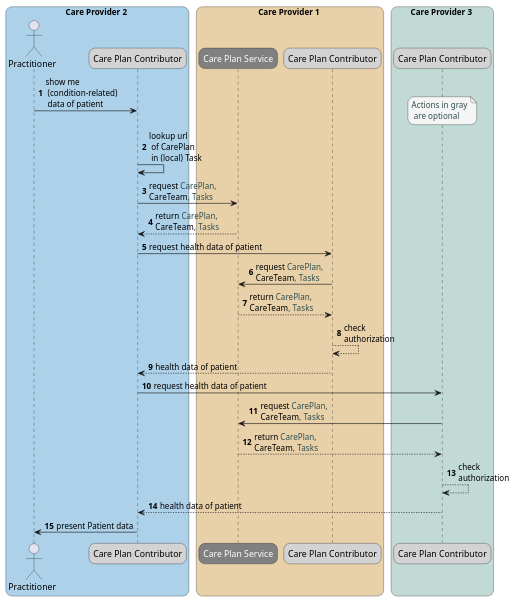
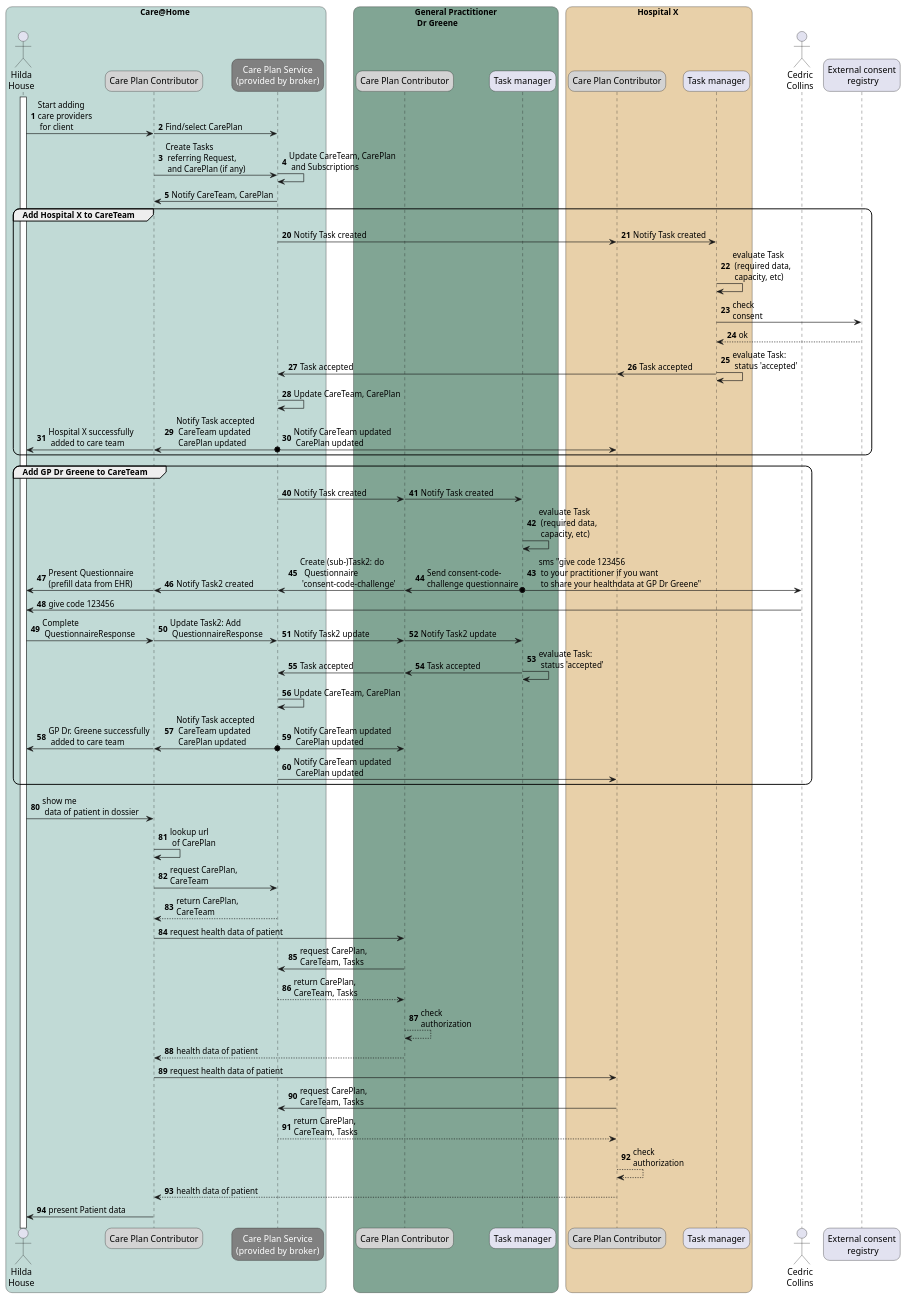
One commit to SanteonNL/shared-care-planning changed the diagram in input/images-source/usecase-view-all-data.plantuml. Above: the diagram before and after it, drawn with PlantUML. The commit also changed 6 other files, not shown here.

Commit message:
update sequencediagrams usecase get data

```diff
--- a/input/images-source/usecase-view-all-data.plantuml
+++ b/input/images-source/usecase-view-all-data.plantuml
@@ -1,46 +1,102 @@
-@startuml overview-getting-data-from-careteam-members
+@startuml usecase-view-all-data
 
 skinparam roundcorner 20
 skinparam defaultFontName Arial 
-autonumber
 !pragma teoz true
+' Care@Home #c1dad6
+' Dr Greene #81a594
+' Hospital X #e8d0a9
+' MedicalServiceCentre #acd1e9  
+' brown #b7afa3
+' very light blue #f5fafa
+' darker blue #6d929b
 
-box Care Provider 2 #acd1e9
-    actor "Practitioner" as Practitioner2
-    participant "Care Plan Contributor" as CPC2 #LightGray
-end box
-box Care Provider 1 #e8d0a9
-    participant "<font color=white>Care Plan Service" as CPS #Gray
+box Care@Home #c1dad6 
+    actor "Hilda\nHouse" as Practitioner1
     participant "Care Plan Contributor" as CPC1 #LightGray
+    participant "<font color=white>Care Plan Service\n<font color=white>(provided by broker)" as CPS #Gray
 end box
 
-box Care Provider 3 #c1dad6
-    participant "Care Plan Contributor" as CPC3 #LightGray
+box General Practitioner\n Dr Greene #81a594
+    participant "Care Plan Contributor" as CPC2 #LightGray
+    participant "Task manager" as EHR2
 end box
 
+box Hospital X #e8d0a9 
+    participant "Care Plan Contributor" as CPC3 #LightGray
+    participant "Task manager" as EHR3
+end box
+actor "Cedric\nCollins" as Patient
+participant "External consent\n registry" as Consent
 
+activate Practitioner1
+autonumber
+Practitioner1 -> CPC1 : Start adding\ncare providers\n for client
+& CPC1 -> CPS : Find/select CarePlan
 
+CPC1 -> CPS : Create Tasks\n referring Request,\n and CarePlan (if any)
+& CPS -> CPS  : Update CareTeam, CarePlan\n and Subscriptions
+CPS -> CPC1 : Notify CareTeam, CarePlan
 
-Practitioner2 -> CPC2 : show me\n (condition-related)\n data of patient
+autonumber 20
+group Add Hospital X to CareTeam
+CPS -> CPC3  : Notify Task created
+& CPC3 -> EHR3  : Notify Task created
+EHR3 -> EHR3 : evaluate Task\n (required data,\n capacity, etc)
+EHR3 -> Consent : check\nconsent
+return ok
+EHR3 -> EHR3 :evaluate Task:\n status 'accepted'
+& EHR3 -> CPC3 :Task accepted
+& CPC3 -> CPS :Task accepted
+CPS -> CPS  : Update CareTeam, CarePlan
+CPS o-> CPC1 :Notify Task accepted\n CareTeam updated\n CarePlan updated
+& CPS o-> CPC3 :Notify CareTeam updated\n CarePlan updated
+& CPC1 -> Practitioner1 :Hospital X successfully\n added to care team
+end
 
-& note over CPC3 #WhiteSmoke
-<color #DarkSlateGray>Actions in gray
- <color #DarkSlateGray>are optional
-end note
+autonumber 40
+group Add GP Dr Greene to CareTeam
+CPS -> CPC2  : Notify Task created
+& CPC2 -> EHR2  : Notify Task created
+ EHR2 -> EHR2 : evaluate Task\n (required data,\n capacity, etc)
+EHR2 o-> Patient : sms "give code 123456\n to your practitioner if you want\n to share your healthdata at GP Dr Greene"
+&EHR2 o-> CPC2 : Send consent-code-\nchallenge questionnaire
+& CPC2 -> CPS  : Create (sub-)Task2: do\n  Questionnaire\n 'consent-code-challenge'
+& CPS -> CPC1 : Notify Task2 created
+& CPC1 -> Practitioner1 : Present Questionnaire\n(prefill data from EHR)
+Patient -> Practitioner1 : give code 123456
 
-CPC2 -> CPC2 : lookup url\n of CarePlan\n in (local) Task
-CPC2 -> CPS : request <color #DarkSlateGray>CarePlan, \nCareTeam<color #DarkSlateGray>, Tasks
-CPS -->  CPC2 : return <color #DarkSlateGray>CarePlan, \nCareTeam<color #DarkSlateGray>, Tasks
-CPC2 -> CPC1 : request health data of patient
-CPC1 -> CPS : request <color #DarkSlateGray>CarePlan, \nCareTeam<color #DarkSlateGray>, Tasks
-CPS -->  CPC1 : return <color #DarkSlateGray>CarePlan, \nCareTeam<color #DarkSlateGray>, Tasks
-CPC1 -->  CPC1 : check\nauthorization
-CPC1 -->  CPC2 : health data of patient
-CPC2 -> CPC3 : request health data of patient
-CPC3 -> CPS : request <color #DarkSlateGray>CarePlan, \nCareTeam<color #DarkSlateGray>, Tasks
-CPS -->  CPC3 : return <color #DarkSlateGray>CarePlan, \nCareTeam<color #DarkSlateGray>, Tasks
+Practitioner1 -> CPC1 : Complete\n QuestionnaireResponse
+& CPC1 -> CPS : Update Task2: Add\n QuestionnaireResponse
+& CPS -> CPC2 : Notify Task2 update
+& CPC2 -> EHR2 : Notify Task2 update
+
+EHR2 -> EHR2 :evaluate Task:\n status 'accepted'
+& EHR2 -> CPC2 :Task accepted
+& CPC2 -> CPS :Task accepted
+CPS -> CPS  : Update CareTeam, CarePlan
+CPS o-> CPC1 :Notify Task accepted\n CareTeam updated\n CarePlan updated
+& CPC1 -> Practitioner1 :GP Dr. Greene successfully\n added to care team
+& CPS o-> CPC2 : Notify CareTeam updated\n CarePlan updated
+CPS -> CPC3 :Notify CareTeam updated\n CarePlan updated
+
+end 
+
+autonumber 80
+Practitioner1 -> CPC1 : show me\n data of patient in dossier
+CPC1 -> CPC1 : lookup url\n of CarePlan
+CPC1 -> CPS : request CarePlan, \nCareTeam
+CPS -->  CPC1 : return CarePlan, \nCareTeam
+CPC1 -> CPC2 : request health data of patient
+CPC2 -> CPS : request CarePlan, \nCareTeam, Tasks
+CPS -->  CPC2 : return CarePlan, \nCareTeam, Tasks
+CPC2 -->  CPC2 : check\nauthorization
+CPC2 -->  CPC1 : health data of patient
+CPC1 -> CPC3 : request health data of patient
+CPC3 -> CPS : request CarePlan, \nCareTeam, Tasks
+CPS -->  CPC3 : return CarePlan, \nCareTeam, Tasks
 CPC3 -->  CPC3 : check\nauthorization
-CPC3 -->  CPC2 : health data of patient
-CPC2 -> Practitioner2 : present Patient data
+CPC3 -->  CPC1 : health data of patient
+CPC1 -> Practitioner1 : present Patient data
 
 @enduml
```
